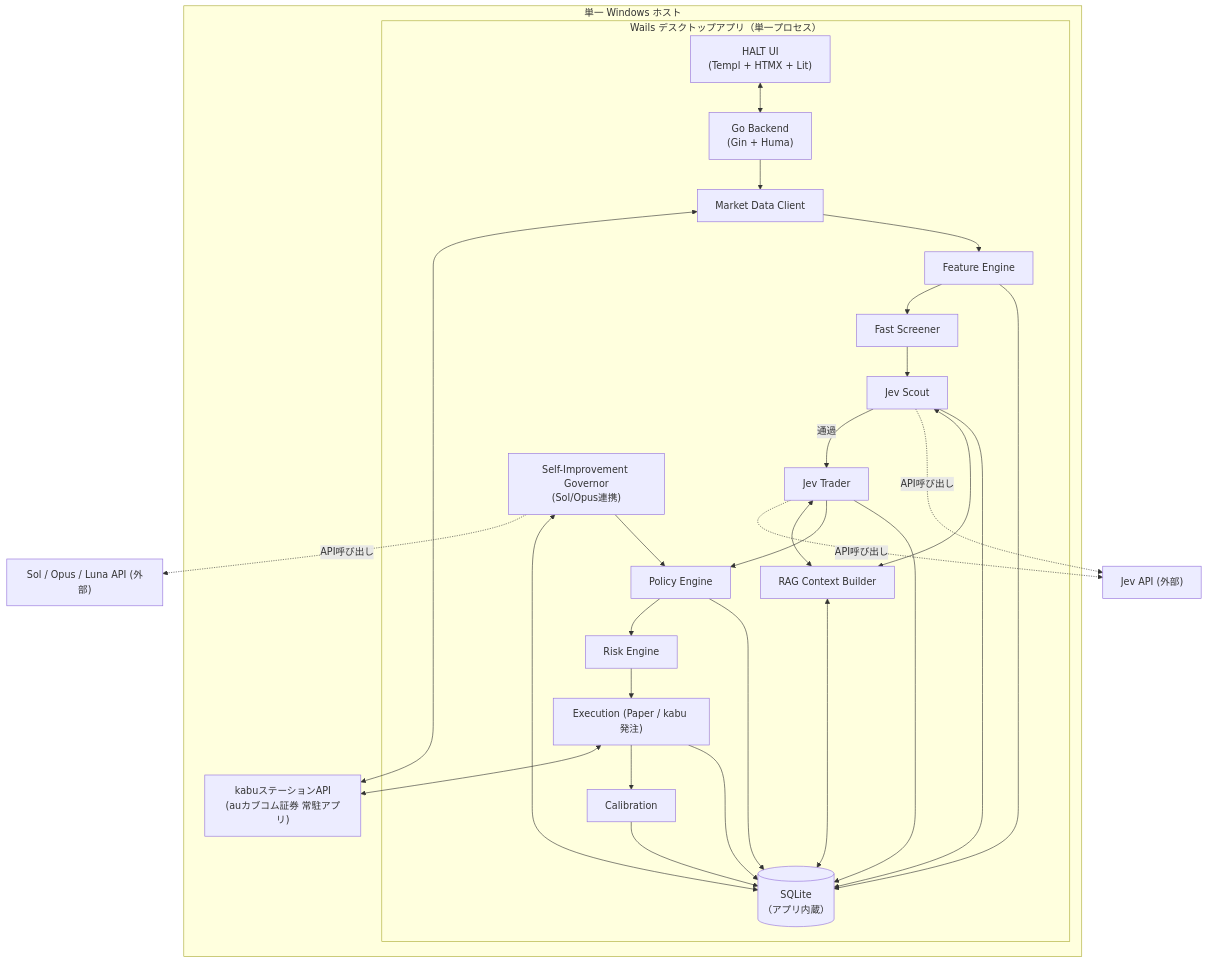
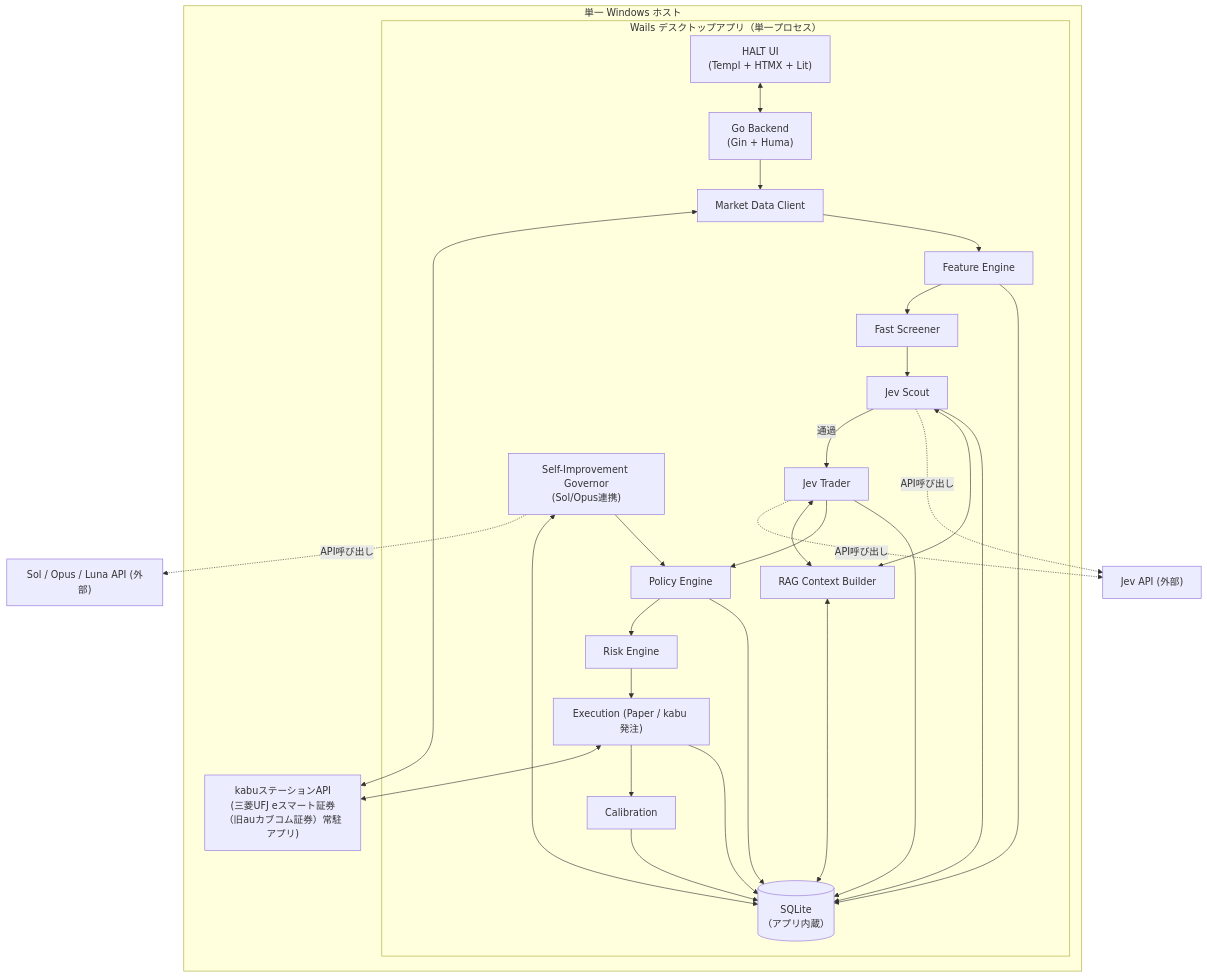
The diagram in docs/overview.md (ousiassllc/pitha-trador), drawn with Mermaid before and after one commit. The commit also changed other lines of this file, not shown here.

````diff
--- a/docs/overview.md
+++ b/docs/overview.md
@@ -51,47 +51,47 @@
 ```mermaid
 graph TD
     subgraph Host["単一 Windows ホスト"]
         subgraph Wails["Wails デスクトップアプリ（単一プロセス）"]
             UI["HALT UI\n(Templ + HTMX + Lit)"]
             API["Go Backend\n(Gin + Huma)"]
             MD["Market Data Client"]
             FE["Feature Engine"]
             FS["Fast Screener"]
             JS["Jev Scout"]
             JT["Jev Trader"]
             PE["Policy Engine"]
             RE["Risk Engine"]
             EX["Execution (Paper / kabu 発注)"]
             CAL["Calibration"]
             RAG["RAG Context Builder"]
             SOL_GOV["Self-Improvement Governor\n(Sol/Opus連携)"]
             DB[("SQLite\n（アプリ内蔵）")]
         end
-        KABU["kabuステーションAPI\n(auカブコム証券 常駐アプリ)"]
+        KABU["kabuステーションAPI\n(三菱UFJ eスマート証券（旧auカブコム証券）常駐アプリ)"]
     end
     JEVAPI["Jev API (外部)"]
     SOLAPI["Sol / Opus / Luna API (外部)"]
 
     UI <--> API
     API --> MD
     MD <--> KABU
     MD --> FE --> FS --> JS
     JS -->|"通過"| JT
     JS -.->|"API呼び出し"| JEVAPI
     JT -.->|"API呼び出し"| JEVAPI
     JS <--> RAG
     JT <--> RAG
     RAG <--> DB
     SOL_GOV -.->|"API呼び出し"| SOLAPI
     SOL_GOV <--> DB
     SOL_GOV --> PE
     JT --> PE --> RE --> EX
     EX <--> KABU
     EX --> CAL
     CAL --> DB
     FE --> DB
     JS --> DB
     JT --> DB
     PE --> DB
     EX --> DB
 ```
````
